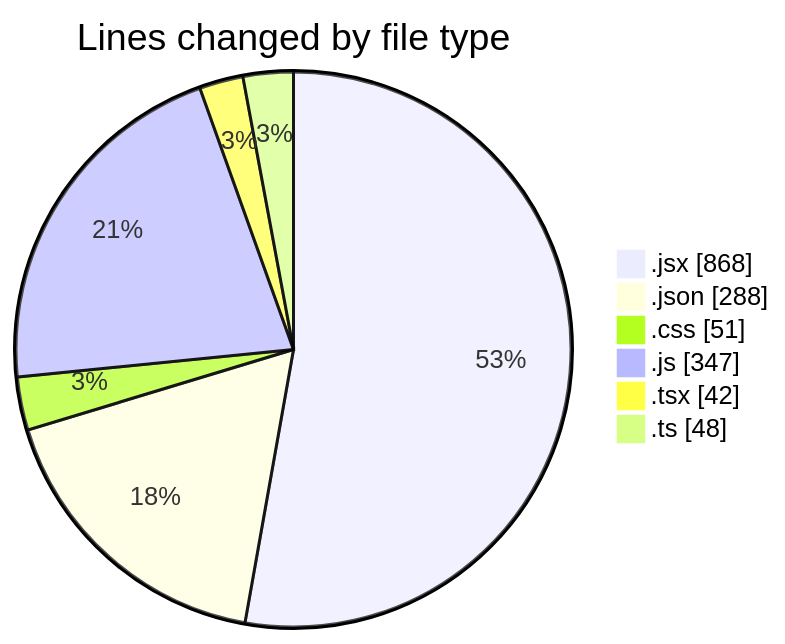
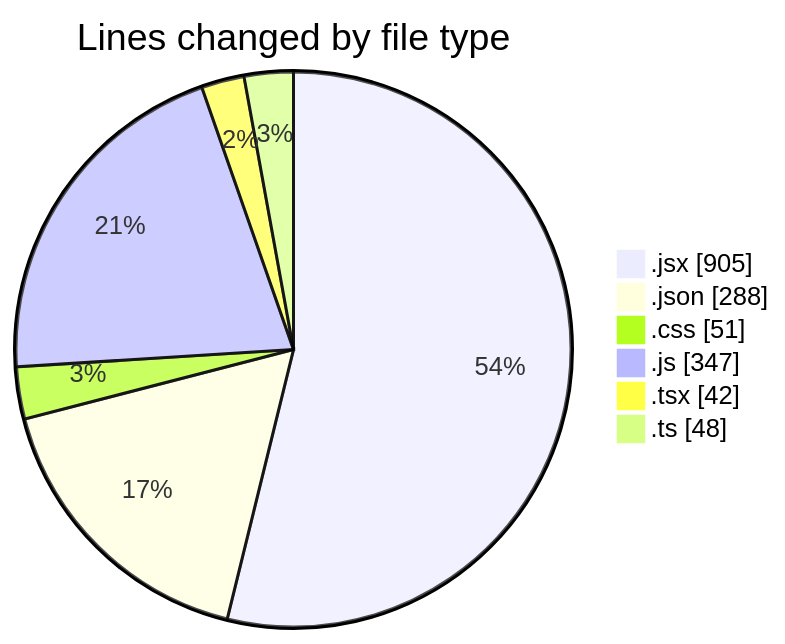
Before and after one commit to momahboobian/code-tracking: the first of 2 diagrams in 2026-03-19/commonwealth-front-end-task/README.md, drawn with Mermaid. The commit also changed other lines of this file and 1 other file, not shown here.

````diff
--- a/2026-03-19/commonwealth-front-end-task/README.md
+++ b/2026-03-19/commonwealth-front-end-task/README.md
@@ -38,10 +38,10 @@
 ```mermaid
 pie showData
 title Lines changed by file type
-".jsx" : 868
+".jsx" : 905
 ".json" : 288
 ".css" : 51
 ".js" : 347
 ".tsx" : 42
 ".ts" : 48
 ```
````
